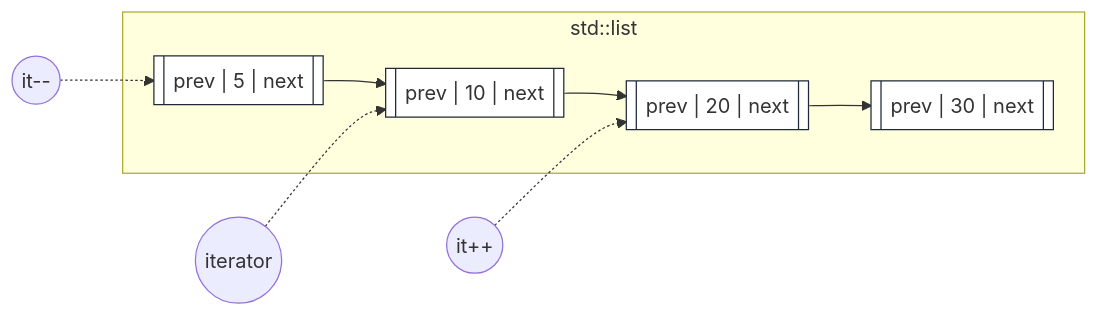
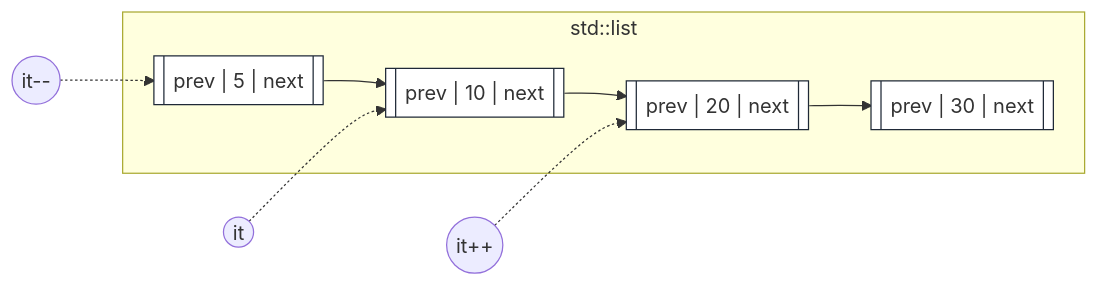
One commit to oldwestbury/CPPF25 changed the first of 4 diagrams in topics/stl.md. Above: the diagram before and after it, drawn with Mermaid. The commit also changed other lines of this file, not shown here.

First line of the commit message:
Refactor iterator names and Mermaid diagrams

```diff
--- a/topics/stl.md
+++ b/topics/stl.md
@@ -83,16 +83,16 @@
 <div class="mermaid">
 
 flowchart LR
   subgraph L [std::list&lt;int&gt;]
     node0[["prev | 5 | next"]] --> node1[["prev | 10 | next"]] --> node2[["prev | 20 | next"]]
     node2 --> node3[["prev | 30 | next"]]
   end
 
-  itStart((iterator)) -.-> node1
+  itStart((it)) -.-> node1
   itPrev((it--)) -.-> node0
   itNext((it++)) -.-> node2
 
   classDef listNode fill:#ffffff,stroke:#1f2937,stroke-width:1px;
   class node0,node1,node2,node3 listNode;
 
 </div>  
```
